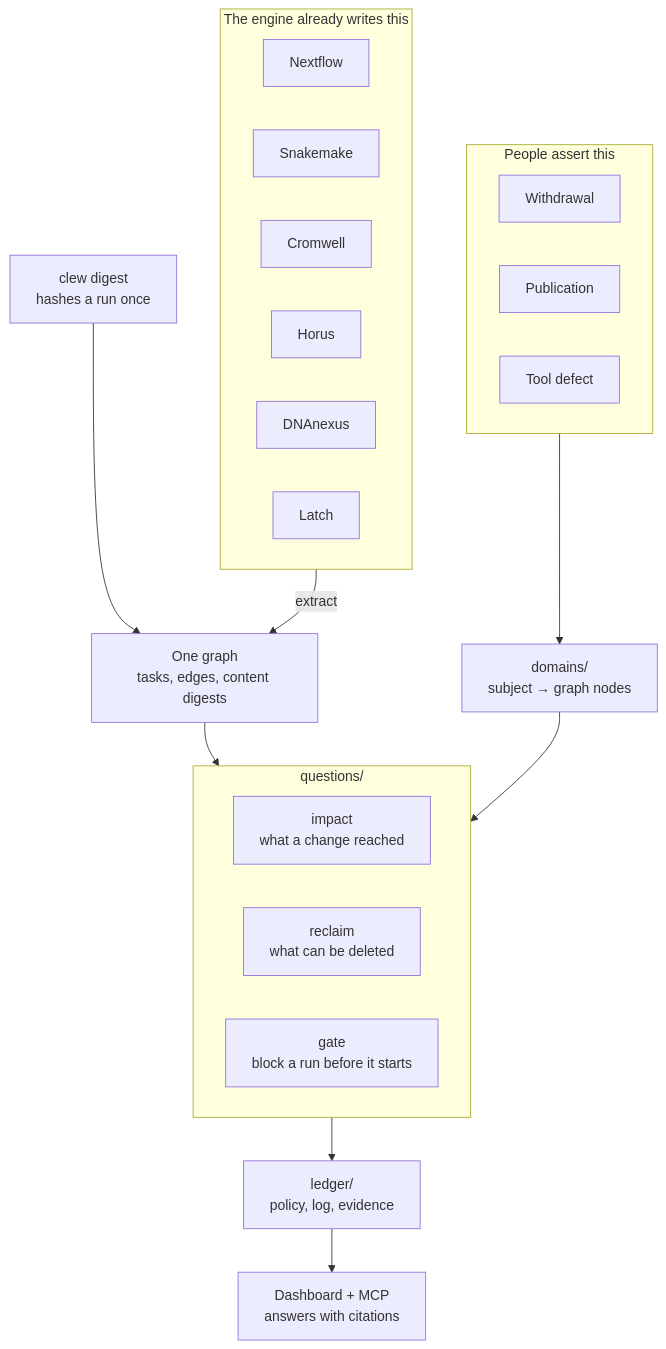
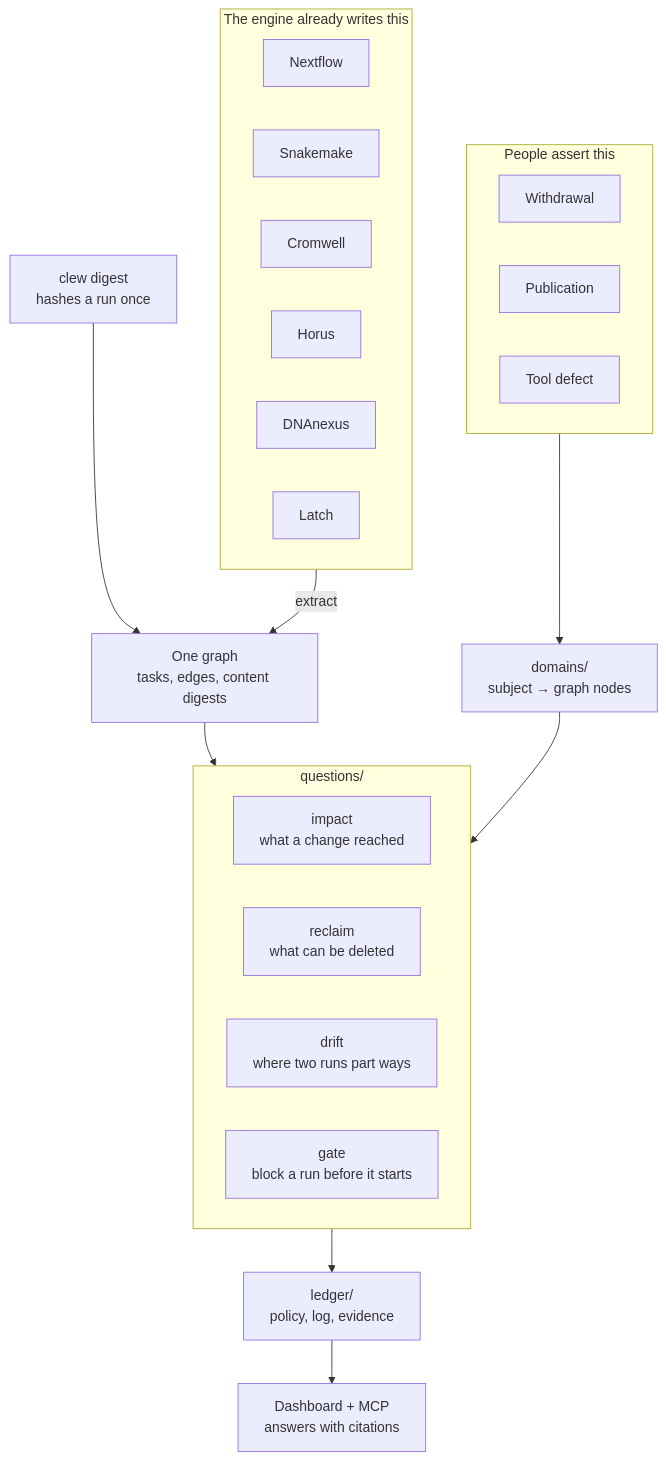
The diagram in docs/architecture.md (QuietFlare/clew), drawn with Mermaid before and after one commit. The commit also changed other lines of this file and 7 other files, not shown here.

````diff
--- a/docs/architecture.md
+++ b/docs/architecture.md
@@ -9,28 +9,29 @@
 ```mermaid
 flowchart TB
     subgraph ENG["The engine already writes this"]
         NF["Nextflow"]
         SM["Snakemake"]
         CW["Cromwell"]
         HZ["Horus"]
         DX["DNAnexus"]
         LT["Latch"]
     end
     subgraph PA["People assert this"]
         W["Withdrawal"]
         P["Publication"]
         D["Tool defect"]
     end
     ENG -- extract --> G["One graph<br/>tasks, edges, content digests"]
     DIG["clew digest<br/>hashes a run once"] --> G
     PA --> DOM["domains/<br/>subject &rarr; graph nodes"]
     G --> Q
     DOM --> Q
     subgraph Q["questions/"]
         IMP["impact<br/>what a change reached"]
         REC["reclaim<br/>what can be deleted"]
+        DRI["drift<br/>where two runs part ways"]
         GATE["gate<br/>block a run before it starts"]
     end
     Q --> LED["ledger/<br/>policy, log, evidence"]
     LED --> AUD["Dashboard + MCP<br/>answers with citations"]
 ```
````
